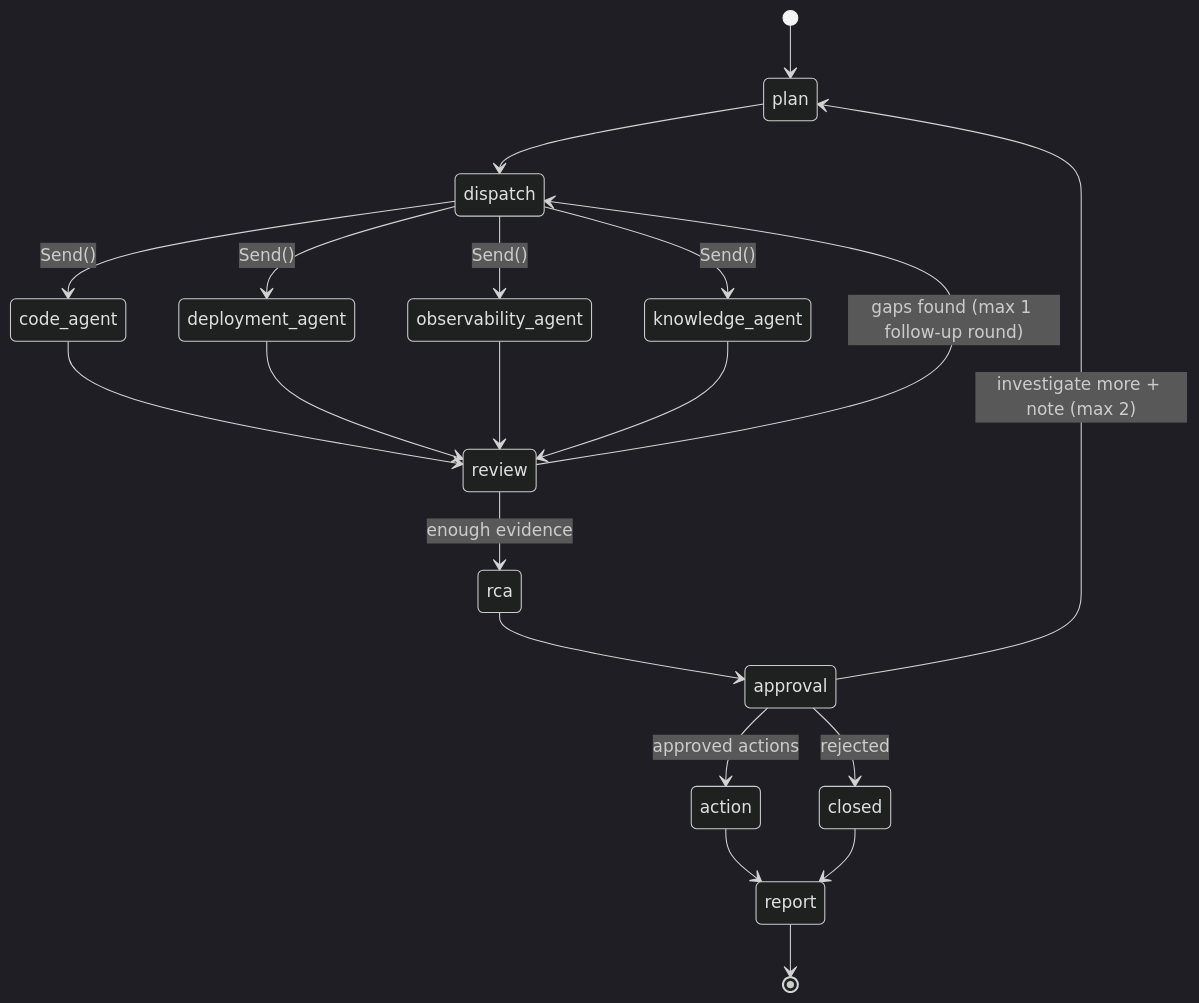
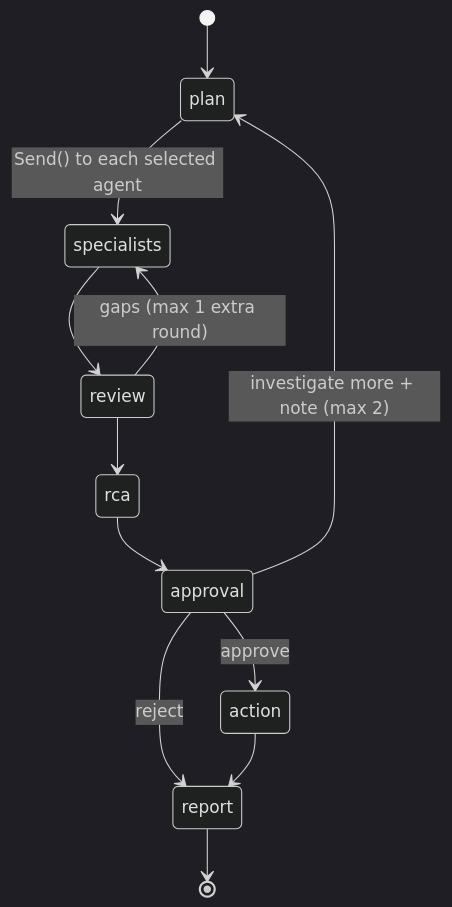
The fourth of 7 diagrams in docs/TRD.md (sanjaypc-github/Forgeops), drawn with Mermaid (dark theme) before and after one commit. The commit also changed other lines of this file and 2 other files, not shown here.

Commit message:
Revise PRD and TRD to v2: area-based agents, MCP connector catalog, agent questions, chat bar

````diff
--- a/docs/TRD.md
+++ b/docs/TRD.md
@@ -161,22 +162,14 @@
 ```mermaid
 stateDiagram-v2
     [*] --> plan
-    plan --> dispatch
-    dispatch --> code_agent: Send()
-    dispatch --> deployment_agent: Send()
-    dispatch --> observability_agent: Send()
-    dispatch --> knowledge_agent: Send()
-    code_agent --> review
-    deployment_agent --> review
-    observability_agent --> review
-    knowledge_agent --> review
-    review --> dispatch: gaps found (max 1 follow-up round)
-    review --> rca: enough evidence
+    plan --> specialists: Send() to each selected agent
+    specialists --> review
+    review --> specialists: gaps (max 1 extra round)
+    review --> rca
     rca --> approval
-    approval --> action: approved actions
-    approval --> closed: rejected
+    approval --> action: approve
+    approval --> report: reject
     approval --> plan: investigate more + note (max 2)
     action --> report
-    closed --> report
     report --> [*]
 ```
````
